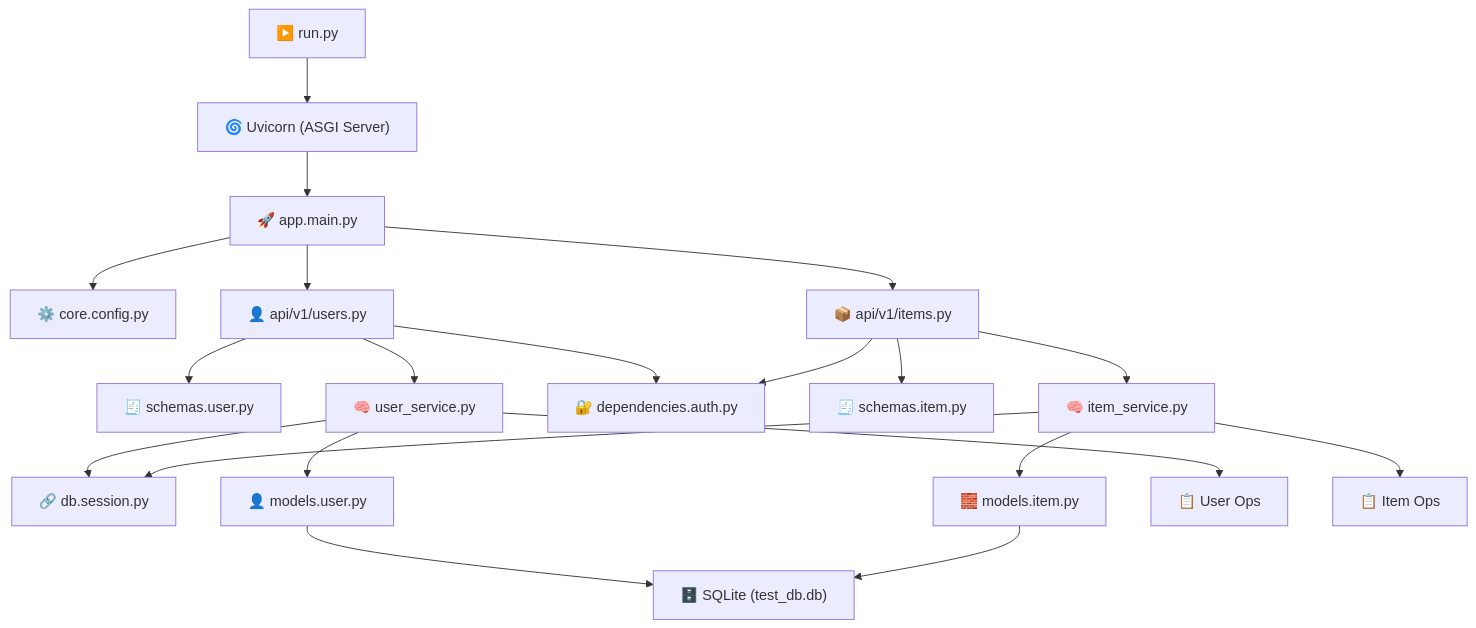
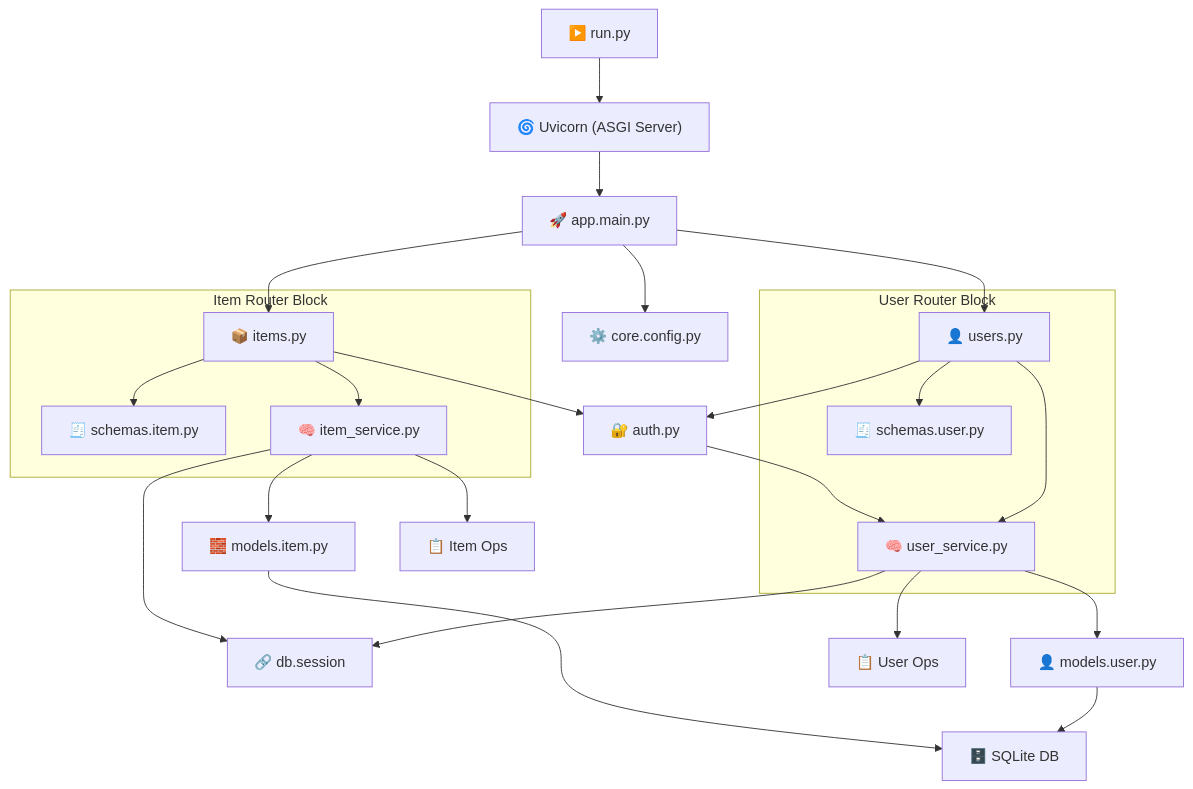
One commit to berserkhmdvhb/fastapi-template-dev changed the first of 2 diagrams in README.md. Above: the diagram before and after it, drawn with Mermaid.

````diff
--- a/README.md
+++ b/README.md
@@ -52,36 +52,42 @@
 ```mermaid
 graph TD
-    %% Entry Point
+    %% Entry
     Run["▶️ run.py"] --> Uvicorn["🌀 Uvicorn (ASGI Server)"]
     Uvicorn --> App["🚀 app.main.py"]
 
-    %% App Core
+    %% App Layer
     App --> Config["⚙️ core.config.py"]
-    App --> UsersRouter["👤 api/v1/users.py"]
-    App --> ItemsRouter["📦 api/v1/items.py"]
+    App --> UsersRouter["👤 users.py"]
+    App --> ItemsRouter["📦 items.py"]
 
-    %% Routers to Shared Layers
-    UsersRouter --> UserSchemas["🧾 schemas.user.py"]
-    UsersRouter --> UserService["🧠 user_service.py"]
-    UsersRouter --> Auth["🔐 dependencies.auth.py"]
+    %% Routers
+    subgraph UsersRouterBlock["User Router Block"]
+        UsersRouter --> UserSchemas["🧾 schemas.user.py"]
+        UsersRouter --> UserService["🧠 user_service.py"]
+    end
 
-    ItemsRouter --> ItemSchemas["🧾 schemas.item.py"]
-    ItemsRouter --> ItemService["🧠 item_service.py"]
+    subgraph ItemsRouterBlock["Item Router Block"]
+        ItemsRouter --> ItemSchemas["🧾 schemas.item.py"]
+        ItemsRouter --> ItemService["🧠 item_service.py"]
+    end
+
+    %% Shared Auth
+    UsersRouter --> Auth["🔐 auth.py"]
     ItemsRouter --> Auth
+    Auth --> UserService
 
-    %% Services to Shared DB
-    UserService --> DBSession["🔗 db.session.py"]
+    %% Shared DB Session
+    UserService --> DBSession["🔗 db.session"]
     ItemService --> DBSession
 
-    %% Services to Models
+    %% Models & DB
     UserService --> UserModel["👤 models.user.py"]
     ItemService --> ItemModel["🧱 models.item.py"]
 
-    %% Models to DB
-    UserModel --> SQLite["🗄️ SQLite (test_db.db)"]
+    UserModel --> SQLite["🗄️ SQLite DB"]
     ItemModel --> SQLite
 
     %% Abstract Logic
     UserService --> UserLogic["📋 User Ops"]
     ItemService --> ItemLogic["📋 Item Ops"]
 ```
````
